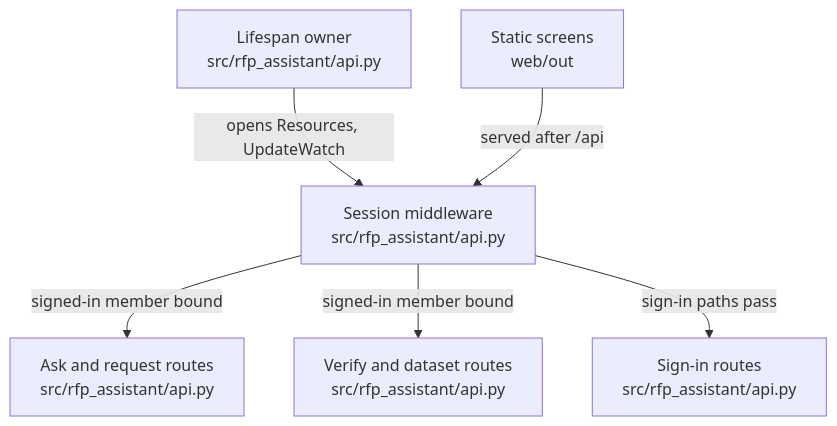
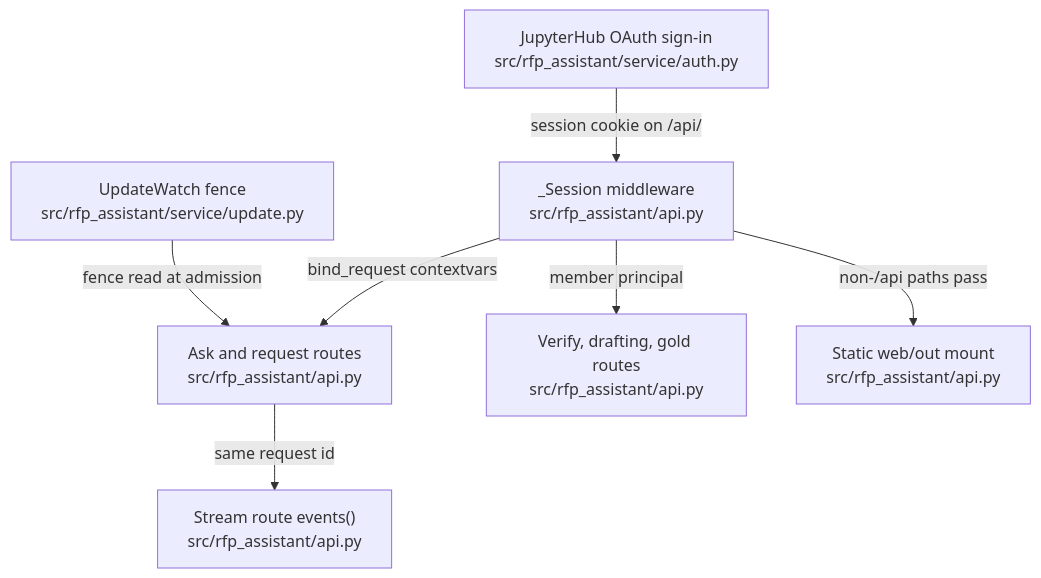
The diagram in .omm/overall-architecture/http-api/diagram.mmd (littleeeeebit/project-codeit-mid), drawn with Mermaid before and after one commit. The commit also changed 402 other files, not shown here.

```diff
--- a/.omm/overall-architecture/http-api/diagram.mmd
+++ b/.omm/overall-architecture/http-api/diagram.mmd
@@ -1,6 +1,14 @@
 graph TD
-  session-middleware["Session middleware\nsrc/rfp_assistant/api.py"] -->|"signed-in member bound"| ask-routes["Ask and request routes\nsrc/rfp_assistant/api.py"]
-  session-middleware -->|"signed-in member bound"| verify-routes["Verify and dataset routes\nsrc/rfp_assistant/api.py"]
-  session-middleware -->|"sign-in paths pass"| auth-routes["Sign-in routes\nsrc/rfp_assistant/api.py"]
-  app-lifespan["Lifespan owner\nsrc/rfp_assistant/api.py"] -->|"opens Resources, UpdateWatch"| session-middleware
-  static-mount["Static screens\nweb/out"] -->|"served after /api"| session-middleware
+  session-gate["_Session middleware\nsrc/rfp_assistant/api.py"]
+  hub-login["JupyterHub OAuth sign-in\nsrc/rfp_assistant/service/auth.py"]
+  ask-routes["Ask and request routes\nsrc/rfp_assistant/api.py"]
+  answer-sse["Stream route events()\nsrc/rfp_assistant/api.py"]
+  verify-routes["Verify, drafting, gold routes\nsrc/rfp_assistant/api.py"]
+  update-watch["UpdateWatch fence\nsrc/rfp_assistant/service/update.py"]
+  static-mount["Static web/out mount\nsrc/rfp_assistant/api.py"]
+  hub-login -->|"session cookie on /api/"| session-gate
+  session-gate -->|"bind_request contextvars"| ask-routes
+  session-gate -->|"member principal"| verify-routes
+  ask-routes -->|"same request id"| answer-sse
+  update-watch -->|"fence read at admission"| ask-routes
+  session-gate -->|"non-/api paths pass"| static-mount
```
